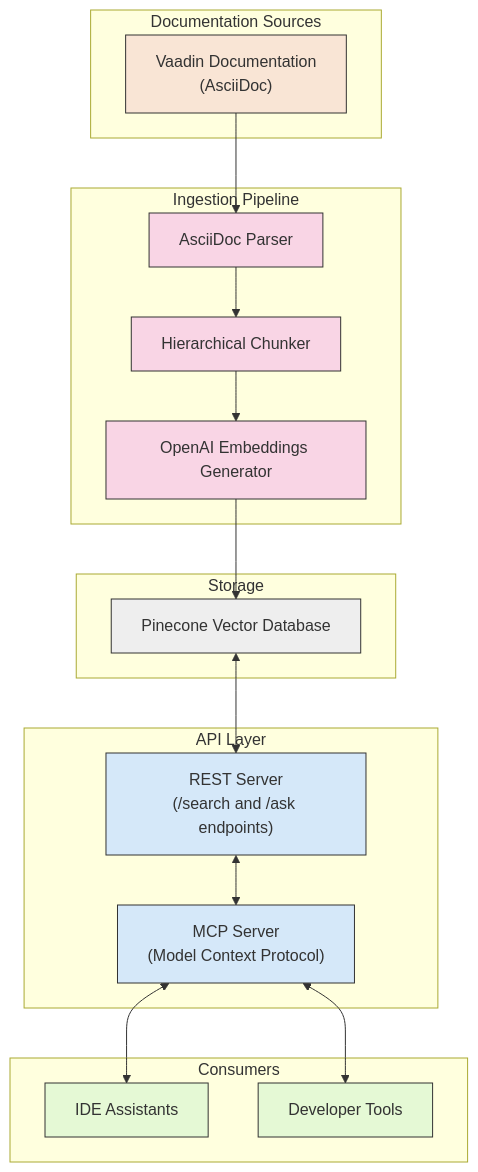
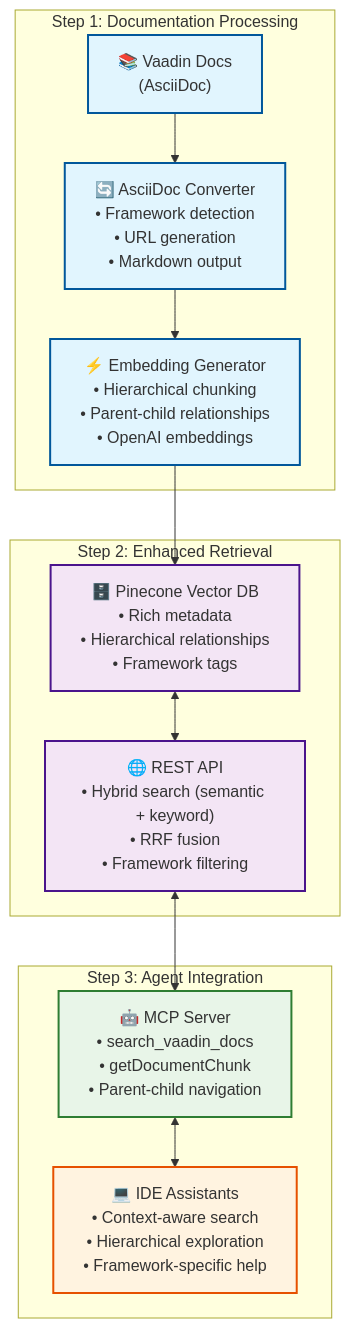
The diagram in README.md (vaadin/vaadin-mcp), drawn with Mermaid before and after one commit. The commit also changed other lines of this file and 42 other files, not shown here.

First line of the commit message:
feat: Complete Epic 4 - Enhanced MCP Server with Hierarchical Navigation

````diff
--- a/README.md
+++ b/README.md
@@ -54,48 +35,35 @@
 ```mermaid
 flowchart TD
-    subgraph "Documentation Sources"
-        VaadinDocs["Vaadin Documentation\n(AsciiDoc)"]
+    subgraph "Step 1: Documentation Processing"
+        VaadinDocs["📚 Vaadin Docs<br/>(AsciiDoc)"] 
+        Converter["🔄 AsciiDoc Converter<br/>• Framework detection<br/>• URL generation<br/>• Markdown output"]
+        Processor["⚡ Embedding Generator<br/>• Hierarchical chunking<br/>• Parent-child relationships<br/>• OpenAI embeddings"]
     end
 
-    subgraph "Ingestion Pipeline"
-        Parser["AsciiDoc Parser"]
-        Chunker["Hierarchical Chunker"]
-        Embedder["OpenAI Embeddings Generator"]
+    subgraph "Step 2: Enhanced Retrieval"
+        Pinecone["🗄️ Pinecone Vector DB<br/>• Rich metadata<br/>• Hierarchical relationships<br/>• Framework tags"]
+        RestAPI["🌐 REST API<br/>• Hybrid search (semantic + keyword)<br/>• RRF fusion<br/>• Framework filtering"]
     end
 
-    subgraph "Storage"
-        Pinecone["Pinecone Vector Database"]
+    subgraph "Step 3: Agent Integration"
+        MCP["🤖 MCP Server<br/>• search_vaadin_docs<br/>• getDocumentChunk<br/>• Parent-child navigation"]
+        IDEs["💻 IDE Assistants<br/>• Context-aware search<br/>• Hierarchical exploration<br/>• Framework-specific help"]
     end
 
-    subgraph "API Layer"
-        REST["REST Server\n(/search and /ask endpoints)"]
-        MCP["MCP Server\n(Model Context Protocol)"]
-    end
+    VaadinDocs --> Converter
+    Converter --> Processor
+    Processor --> Pinecone
+    Pinecone <--> RestAPI
+    RestAPI <--> MCP
+    MCP <--> IDEs
 
-    subgraph "Consumers"
-        IDE["IDE Assistants"]
-        Tools["Developer Tools"]
-    end
+    classDef processing fill:#e1f5fe,stroke:#01579b,stroke-width:2px
+    classDef storage fill:#f3e5f5,stroke:#4a148c,stroke-width:2px
+    classDef api fill:#e8f5e8,stroke:#2e7d32,stroke-width:2px
+    classDef agent fill:#fff3e0,stroke:#e65100,stroke-width:2px
 
-    VaadinDocs --> Parser
-    Parser --> Chunker
-    Chunker --> Embedder
-    Embedder --> Pinecone
-    
-    Pinecone <--> REST
-    REST <--> MCP
-    MCP <--> IDE
-    MCP <--> Tools
-
-    classDef pipeline fill:#f9d5e5,stroke:#333,stroke-width:1px;
-    classDef storage fill:#eeeeee,stroke:#333,stroke-width:1px;
-    classDef api fill:#d5e8f9,stroke:#333,stroke-width:1px;
-    classDef consumer fill:#e5f9d5,stroke:#333,stroke-width:1px;
-    classDef docs fill:#f9e5d5,stroke:#333,stroke-width:1px;
-
-    class VaadinDocs docs;
-    class Parser,Chunker,Embedder pipeline;
-    class Pinecone storage;
-    class REST,MCP api;
-    class IDE,Tools consumer;
+    class VaadinDocs,Converter,Processor processing
+    class Pinecone,RestAPI storage
+    class MCP api
+    class IDEs agent
 ```
````
